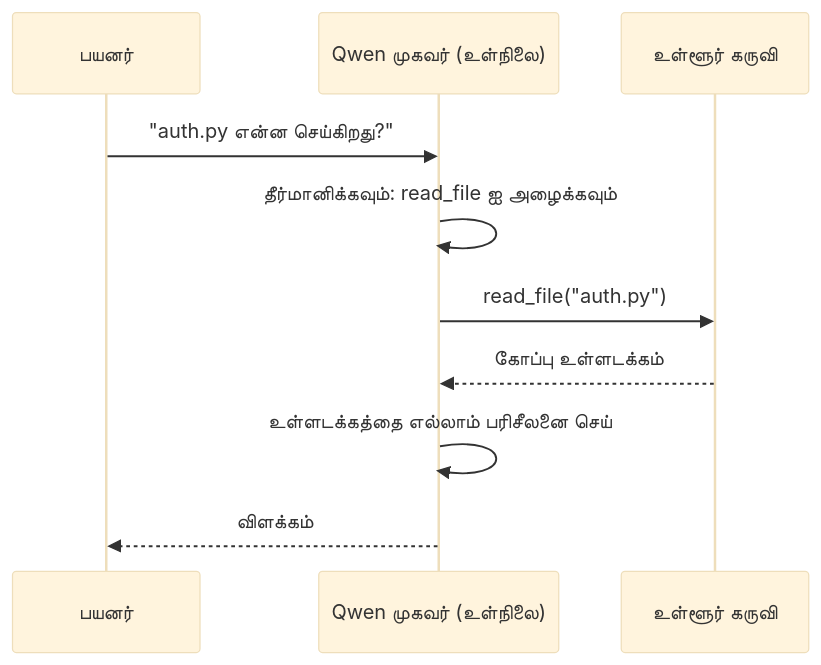
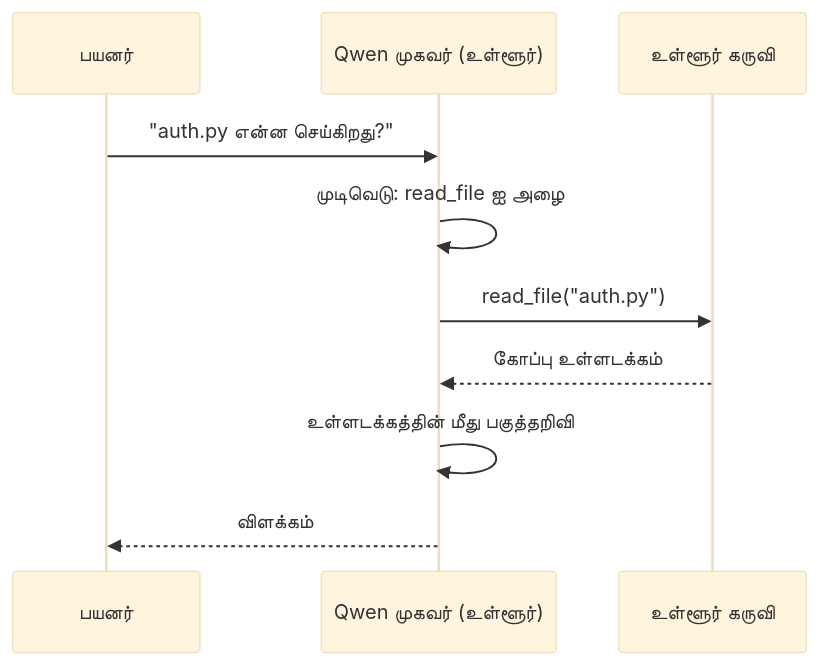
One commit to microsoft/ai-agents-for-beginners changed the second of 4 diagrams in translations/ta/17-creating-local-ai-agents/README.md. Above: the diagram before and after it, drawn with Mermaid (base theme). The commit also changed other lines of this file and 46 other files, not shown here.

````diff
--- a/translations/ta/17-creating-local-ai-agents/README.md
+++ b/translations/ta/17-creating-local-ai-agents/README.md
@@ -106,12 +106,12 @@
 ```mermaid
 sequenceDiagram
     participant U as பயனர்
-    participant A as Qwen முகவர் (உள்நிலை)
+    participant A as Qwen முகவர் (உள்ளூர்)
     participant T as உள்ளூர் கருவி
     U->>A: "auth.py என்ன செய்கிறது?"
-    A->>A: தீர்மானிக்கவும்: read_file ஐ அழைக்கவும்
+    A->>A: முடிவெடு: read_file ஐ அழை
     A->>T: read_file("auth.py")
     T-->>A: கோப்பு உள்ளடக்கம்
-    A->>A: உள்ளடக்கத்தை எல்லாம் பரிசீலனை செய்
+    A->>A: உள்ளடக்கத்தின் மீது பகுத்தறிவி
     A-->>U: விளக்கம்
 ```
````
